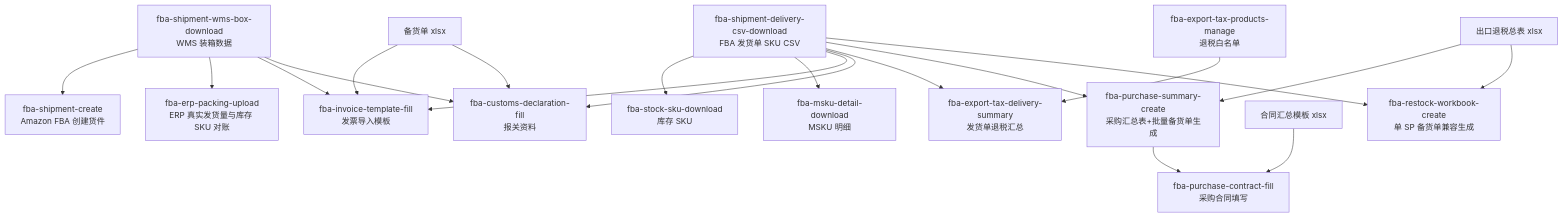
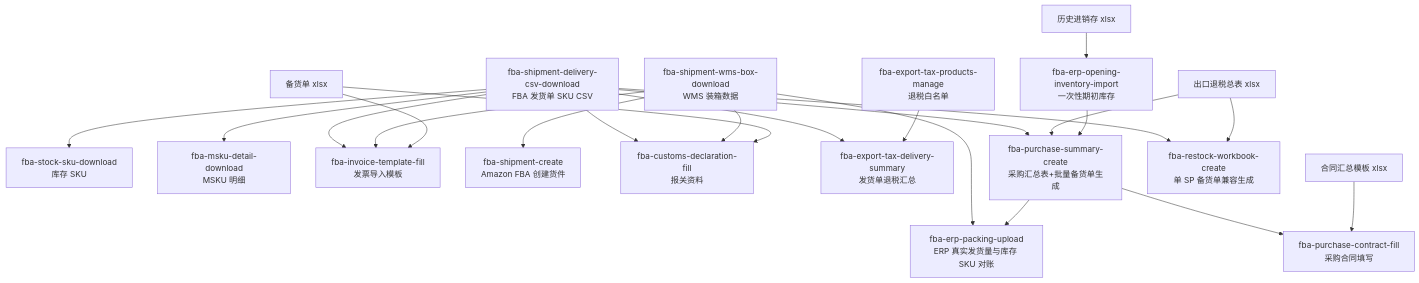
The diagram in skills/fba-workflow-map/SKILL.md (LXE123/LXE_AGENT), drawn with Mermaid before and after one commit. The commit also changed other lines of this file and 16 other files, not shown here.

Commit message:
feat: integrate FBA purchase workflow with ERP

````diff
--- a/skills/fba-workflow-map/SKILL.md
+++ b/skills/fba-workflow-map/SKILL.md
@@ -25,23 +26,26 @@
 ```mermaid
 flowchart TD
   A["fba-shipment-delivery-csv-download<br/>FBA 发货单 SKU CSV"] --> B["fba-stock-sku-download<br/>库存 SKU"]
   A --> C["fba-msku-detail-download<br/>MSKU 明细"]
   A --> D["fba-invoice-template-fill<br/>发票导入模板"]
 
   E["fba-shipment-wms-box-download<br/>WMS 装箱数据"] --> F["fba-shipment-create<br/>Amazon FBA 创建货件"]
   E --> R["fba-erp-packing-upload<br/>ERP 真实发货量与库存 SKU 对账"]
   E --> D
   L["备货单 xlsx"] --> D
   A --> H["fba-customs-declaration-fill<br/>报关资料"]
   E --> H["fba-customs-declaration-fill<br/>报关资料"]
   L["备货单 xlsx"] --> H
 
   A --> I["fba-export-tax-delivery-summary<br/>发货单退税汇总"]
   J["fba-export-tax-products-manage<br/>退税白名单"] --> I
   A --> M["fba-purchase-summary-create<br/>采购汇总表+批量备货单生成"]
   N["出口退税总表 xlsx"] --> M
+  X["历史进销存 xlsx"] --> Y["fba-erp-opening-inventory-import<br/>一次性期初库存"]
+  Y --> M
+  M --> R
   M --> P["fba-purchase-contract-fill<br/>采购合同填写"]
   Q["合同汇总模板 xlsx"] --> P
   A --> O["fba-restock-workbook-create<br/>单 SP 备货单兼容生成"]
   N --> O
 ```
````
